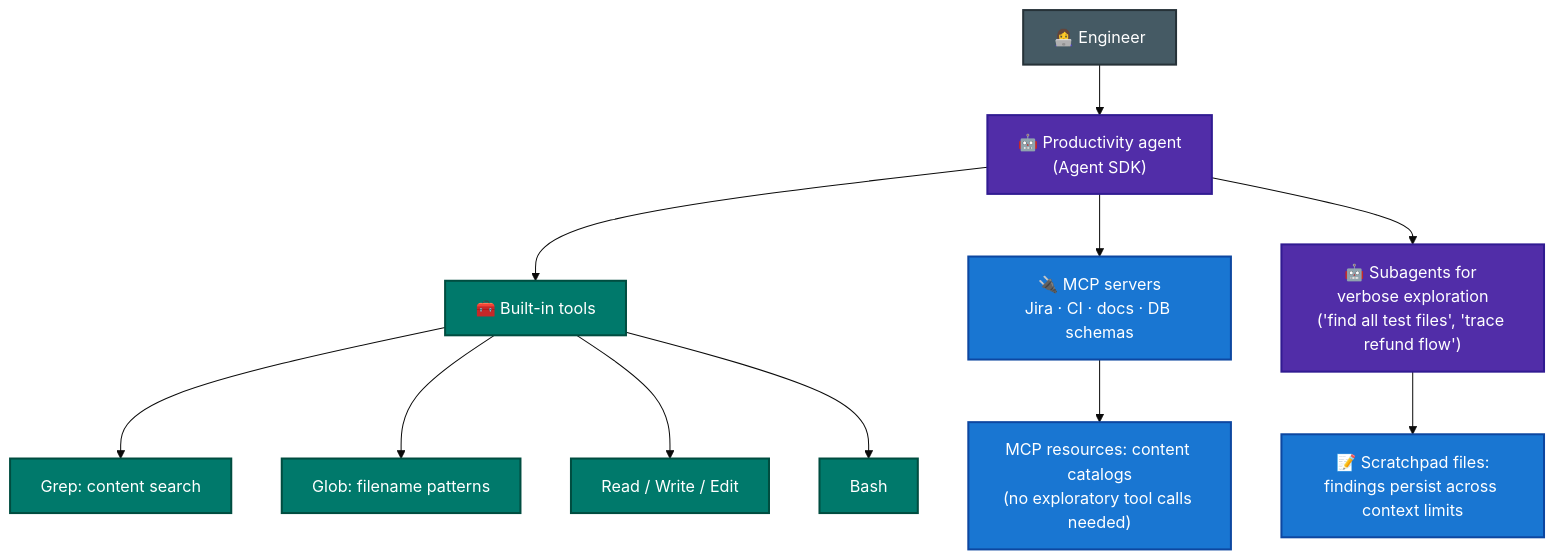
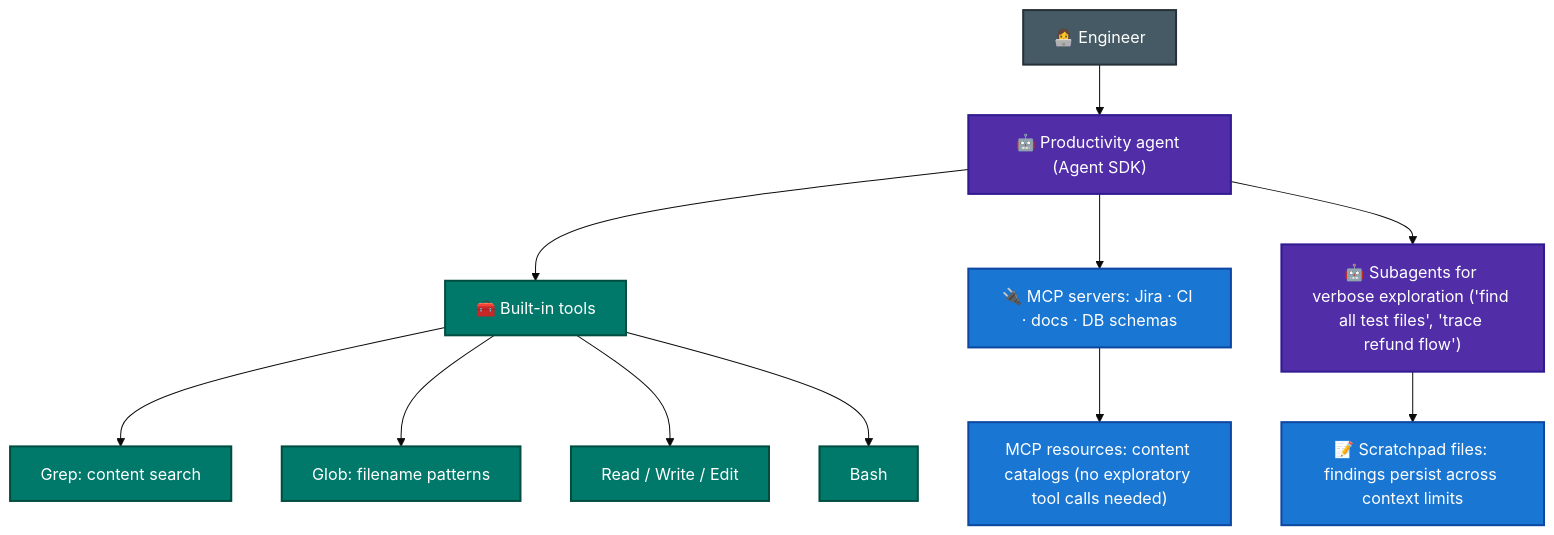
One commit to parmar-m/claude-architect-certification-prep changed the first of 2 diagrams in CCA-F/scenarios/s4-developer-productivity.md. Above: the diagram before and after it, drawn with Mermaid (base theme). The commit also changed other lines of this file and 24 other files, not shown here.

Commit message:
fix html tags in mmd diagrams

````diff
--- a/CCA-F/scenarios/s4-developer-productivity.md
+++ b/CCA-F/scenarios/s4-developer-productivity.md
@@ -11,21 +11,21 @@
 ```mermaid
 flowchart TD
-    DEV["👩‍💻 Engineer"] --> AG["🤖 Productivity agent<br/>(Agent SDK)"]
+    DEV["👩‍💻 Engineer"] --> AG["🤖 Productivity agent (Agent SDK)"]
     AG --> BI["🧰 Built-in tools"]
     BI --> GR["Grep: content search"]
     BI --> GL["Glob: filename patterns"]
     BI --> RD["Read / Write / Edit"]
     BI --> BA["Bash"]
-    AG --> MCP["🔌 MCP servers<br/>Jira · CI · docs · DB schemas"]
-    MCP --> RES["MCP resources: content catalogs<br/>(no exploratory tool calls needed)"]
-    AG --> SUB["🤖 Subagents for verbose exploration<br/>('find all test files', 'trace refund flow')"]
-    SUB --> SP["📝 Scratchpad files:<br/>findings persist across context limits"]
+    AG --> MCP["🔌 MCP servers: Jira · CI · docs · DB schemas"]
+    MCP --> RES["MCP resources: content catalogs (no exploratory tool calls needed)"]
+    AG --> SUB["🤖 Subagents for verbose exploration ('find all test files', 'trace refund flow')"]
+    SUB --> SP["📝 Scratchpad files: findings persist across context limits"]
     classDef agent fill:#512DA8,color:#fff,stroke:#311B92,stroke-width:2px
     classDef tool fill:#00796B,color:#fff,stroke:#004D40,stroke-width:2px
     classDef cc fill:#1976D2,color:#fff,stroke:#0D47A1,stroke-width:2px
     classDef ext fill:#455A64,color:#fff,stroke:#263238,stroke-width:2px
     class AG,SUB agent
     class BI,GR,GL,RD,BA tool
     class MCP,RES,SP cc
     class DEV ext
 ```
````
